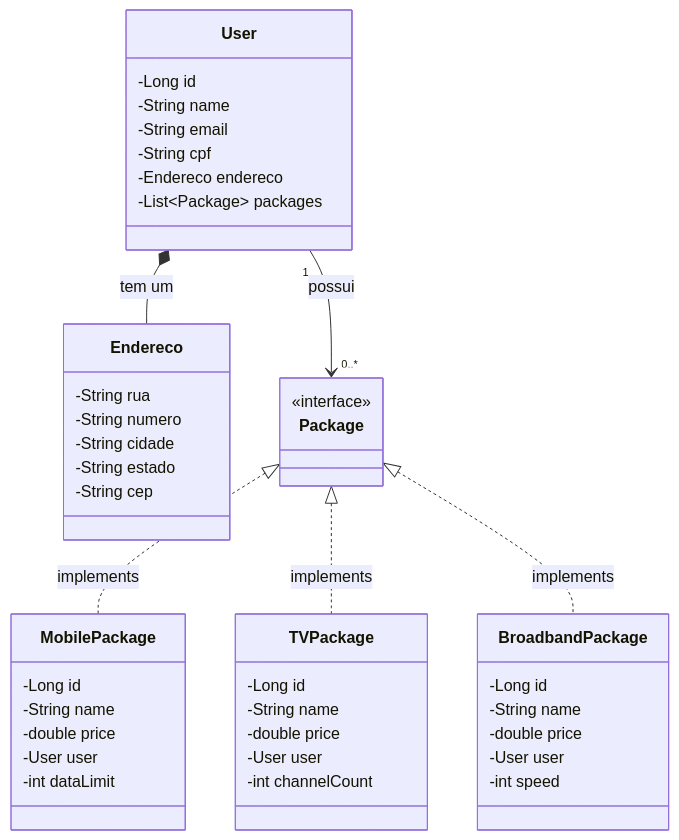
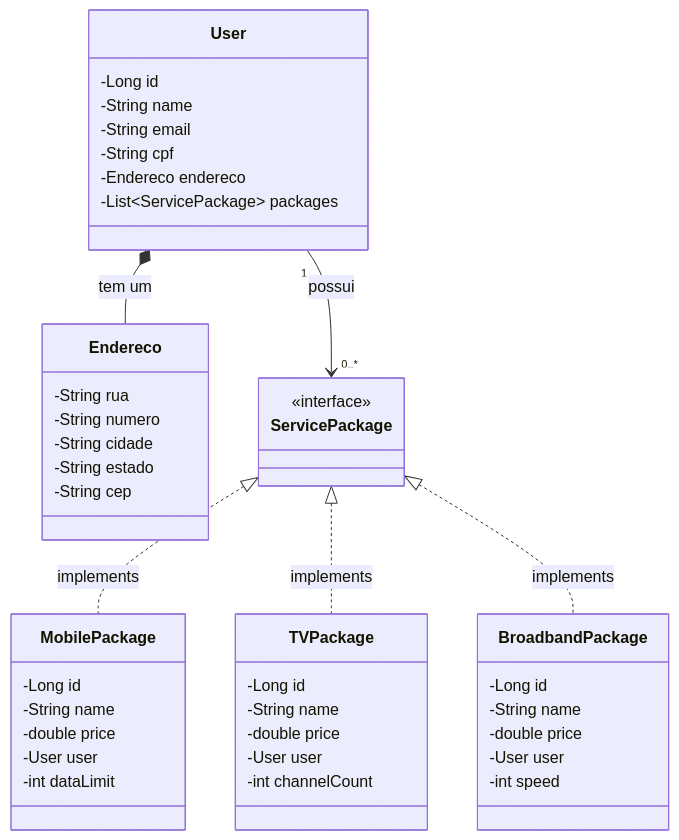
Before and after one commit to dev-ssperandio/desafio-de-projeto-portal-multisservicos: the diagram in README.md, drawn with Mermaid. The commit also changed 1 other file, not shown here.

````diff
--- a/README.md
+++ b/README.md
@@ -6,54 +6,53 @@
 ```mermaid
 classDiagram
     class User {
         -Long id
         -String name
         -String email
         -String cpf
         -Endereco endereco
-        -List~Package~ packages
+        -List~ServicePackage~ packages
     }
 
     class Endereco {
         -String rua
         -String numero
         -String cidade
         -String estado
         -String cep
     }
 
-    class Package {
+    class ServicePackage {
         <<interface>>
     }
 
     class MobilePackage {
         -Long id
         -String name
         -double price
         -User user
         -int dataLimit
     }
 
     class TVPackage {
         -Long id
         -String name
         -double price
         -User user
         -int channelCount
     }
 
     class BroadbandPackage {
         -Long id
         -String name
         -double price
         -User user
         -int speed
     }
 
-    User "1" --> "0..*" Package : possui
+    User "1" --> "0..*" ServicePackage : possui
     User *-- Endereco : tem um
-    Package <|.. MobilePackage : implements
-    Package <|.. TVPackage : implements
-    Package <|.. BroadbandPackage : implements
-
+    ServicePackage <|.. MobilePackage : implements
+    ServicePackage <|.. TVPackage : implements
+    ServicePackage <|.. BroadbandPackage : implements
 ```
````
